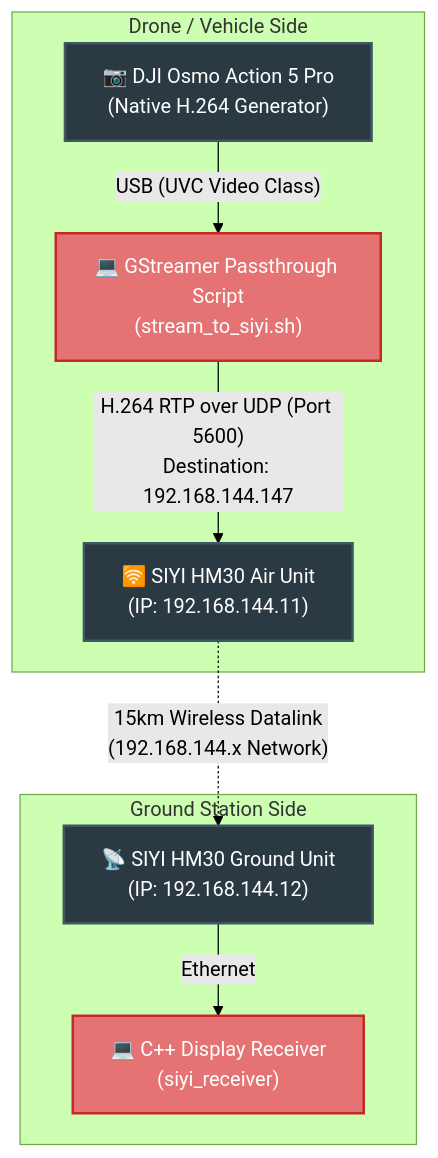
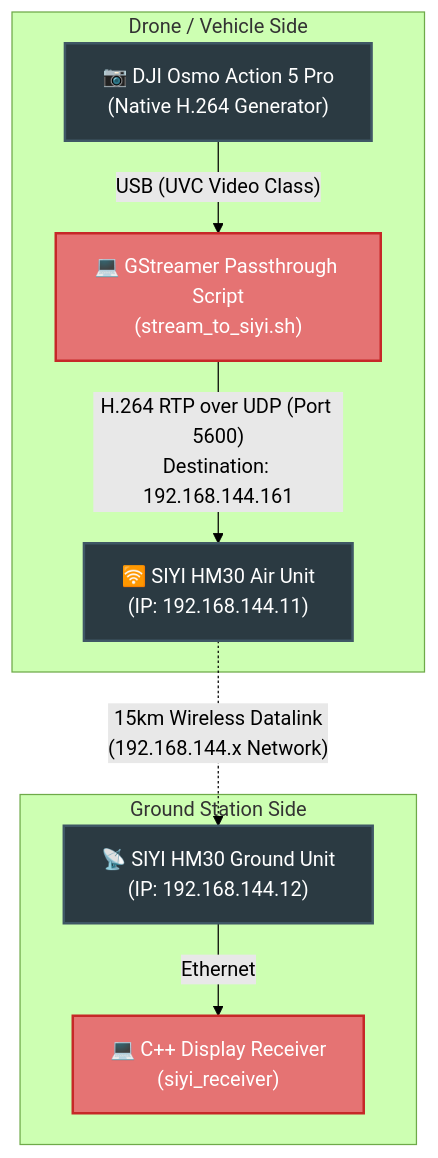
Before and after one commit to onlinecodewithme/dji_osmo_hm30_stream: the diagram in README.md, drawn with Mermaid (forest theme). The commit also changed other lines of this file and 6 other files, not shown here.

````diff
--- a/README.md
+++ b/README.md
@@ -11,25 +11,25 @@
 ```mermaid
 flowchart TD
     %% Define Styles
     classDef hardware fill:#2B3A42,stroke:#3F5765,stroke-width:2px,color:#FFF;
     classDef software fill:#E57373,stroke:#C62828,stroke-width:2px,color:#FFF;
     classDef network fill:#4FC3F7,stroke:#0288D1,stroke-width:2px,color:#111;
 
     %% Nodes
     subgraph drone [Drone / Vehicle Side]
         Osmo["📷 DJI Osmo Action 5 Pro\n(Native H.264 Generator)"]:::hardware
         SshScript["💻 GStreamer Passthrough Script\n(stream_to_siyi.sh)"]:::software
         AirUnit["🛜 SIYI HM30 Air Unit\n(IP: 192.168.144.11)"]:::hardware
     end
 
     subgraph ground [Ground Station Side]
         GroundUnit["📡 SIYI HM30 Ground Unit\n(IP: 192.168.144.12)"]:::hardware
         Receiver["💻 C++ Display Receiver\n(siyi_receiver)"]:::software
     end
 
     %% Connections
     Osmo -- "USB (UVC Video Class)" --> SshScript
-    SshScript -- "H.264 RTP over UDP (Port 5600)\nDestination: 192.168.144.147" --> AirUnit
+    SshScript -- "H.264 RTP over UDP (Port 5600)\nDestination: 192.168.144.161" --> AirUnit
     AirUnit -. "15km Wireless Datalink\n(192.168.144.x Network)" .-> GroundUnit
     GroundUnit -- "Ethernet" --> Receiver
 ```
````
